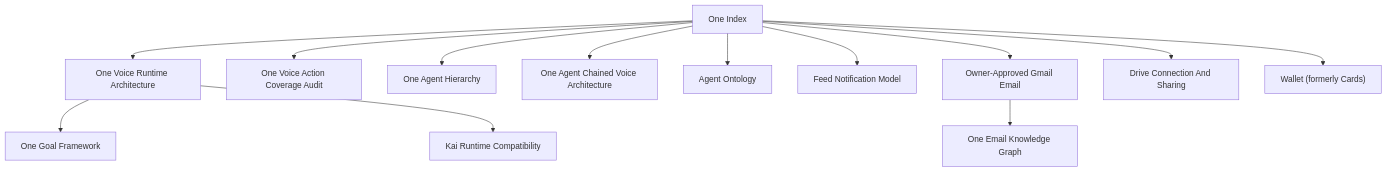
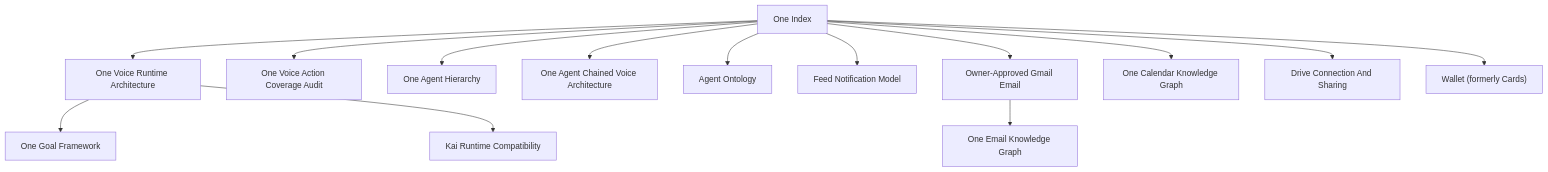
One commit to JIJAU22/hushh-research changed the diagram in docs/reference/one/README.md. Above: the diagram before and after it, drawn with Mermaid. The commit also changed other lines of this file and 77 other files, not shown here.

Commit message:
fix(one): ground email and calendar reads across chat and voice

````diff
--- a/docs/reference/one/README.md
+++ b/docs/reference/one/README.md
@@ -5,29 +5,31 @@
 ```mermaid
 flowchart TD
   root["One Index"]
   voice["One Voice Runtime Architecture"]
   goal["One Goal Framework"]
   coverage["One Voice Action Coverage Audit"]
   hierarchy["One Agent Hierarchy"]
   chain["One Agent Chained Voice Architecture"]
   kai["Kai Runtime Compatibility"]
   ontology["Agent Ontology"]
   feed["Feed Notification Model"]
   gmail["Owner-Approved Gmail Email"]
   emailGraph["One Email Knowledge Graph"]
+  calendarGraph["One Calendar Knowledge Graph"]
   drive["Drive Connection And Sharing"]
   wallet["Wallet (formerly Cards)"]
 
   root --> voice
   voice --> goal
   root --> coverage
   root --> hierarchy
   root --> chain
   voice --> kai
   root --> ontology
   root --> feed
   root --> gmail
   gmail --> emailGraph
+  root --> calendarGraph
   root --> drive
   root --> wallet
 ```
````
